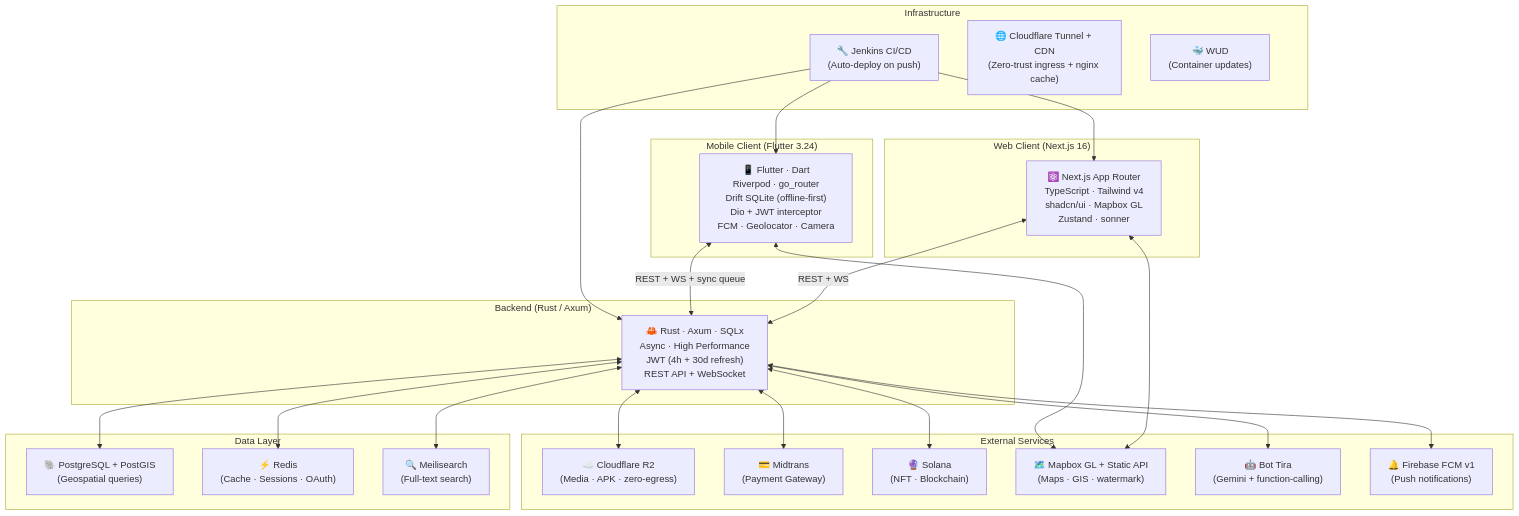
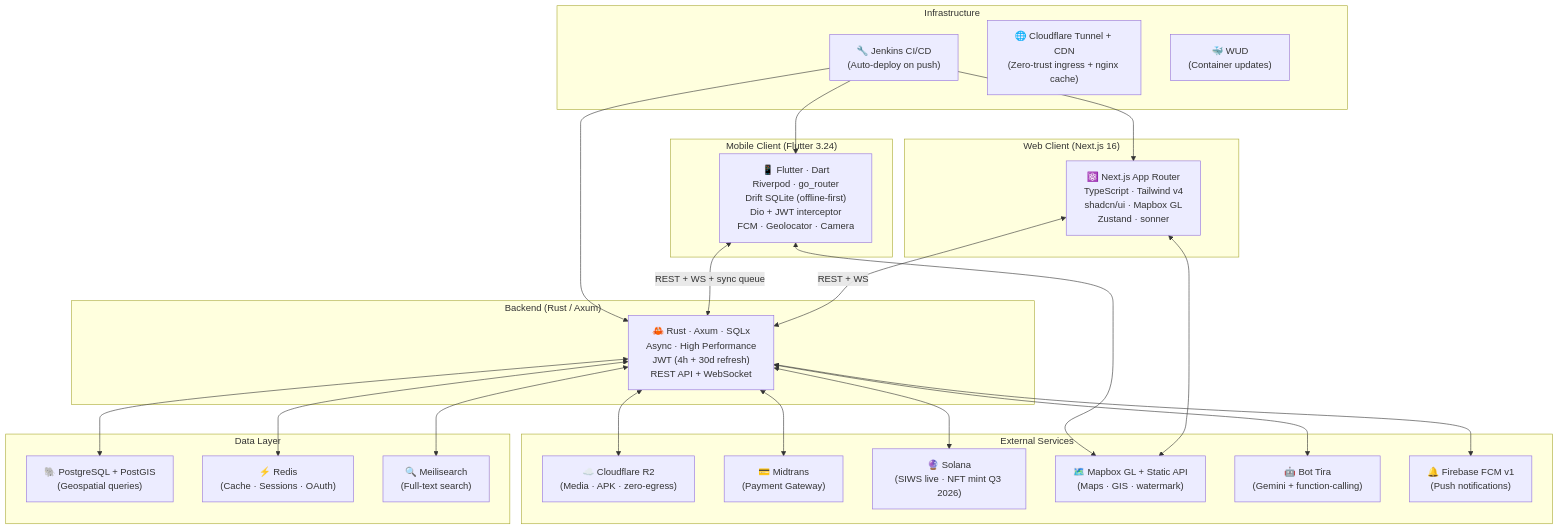
One commit to ajarka/public-documentation changed the eighth of 10 diagrams in AdopTreeWorld/prd/PRD-AdopTree-Investor.md. Above: the diagram before and after it, drawn with Mermaid. The commit also changed other lines of this file, not shown here.

Commit message:
feat: update PRD for Investor Edition to v2.3 with new highlights and roadmap details

````diff
--- a/AdopTreeWorld/prd/PRD-AdopTree-Investor.md
+++ b/AdopTreeWorld/prd/PRD-AdopTree-Investor.md
@@ -787,39 +792,39 @@
 ```mermaid
 graph TB
     subgraph "Web Client (Next.js 16)"
         FE["⚛️ Next.js App Router<br/>TypeScript · Tailwind v4<br/>shadcn/ui · Mapbox GL<br/>Zustand · sonner"]
     end
     subgraph "Mobile Client (Flutter 3.24)"
         MO["📱 Flutter · Dart<br/>Riverpod · go_router<br/>Drift SQLite (offline-first)<br/>Dio + JWT interceptor<br/>FCM · Geolocator · Camera"]
     end
     subgraph "Backend (Rust / Axum)"
         BE["🦀 Rust · Axum · SQLx<br/>Async · High Performance<br/>JWT (4h + 30d refresh)<br/>REST API + WebSocket"]
     end
     subgraph "Data Layer"
         DB["🐘 PostgreSQL + PostGIS<br/>(Geospatial queries)"]
         RD["⚡ Redis<br/>(Cache · Sessions · OAuth)"]
         MS["🔍 Meilisearch<br/>(Full-text search)"]
     end
     subgraph "External Services"
         R2["☁️ Cloudflare R2<br/>(Media · APK · zero-egress)"]
         MT["💳 Midtrans<br/>(Payment Gateway)"]
-        SOL["🔮 Solana<br/>(NFT · Blockchain)"]
+        SOL["🔮 Solana<br/>(SIWS live · NFT mint Q3 2026)"]
         MB["🗺️ Mapbox GL + Static API<br/>(Maps · GIS · watermark)"]
         BOT["🤖 Bot Tira<br/>(Gemini + function-calling)"]
         FCM["🔔 Firebase FCM v1<br/>(Push notifications)"]
     end
     subgraph "Infrastructure"
         CI["🔧 Jenkins CI/CD<br/>(Auto-deploy on push)"]
         CF["🌐 Cloudflare Tunnel + CDN<br/>(Zero-trust ingress + nginx cache)"]
         WUD["🐳 WUD<br/>(Container updates)"]
     end
 
     FE <-->|REST + WS| BE
     MO <-->|REST + WS + sync queue| BE
     BE <--> DB & RD & MS
     BE <--> R2 & MT & SOL & FCM
     FE <--> MB
     MO <--> MB
     BE <--> BOT
     CI --> FE & BE & MO
 ```
````
